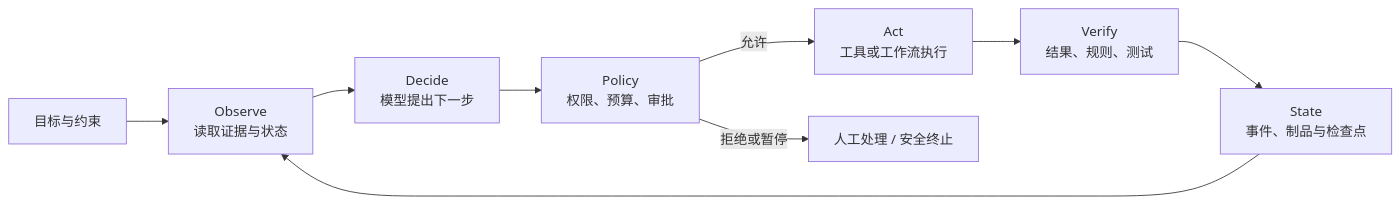
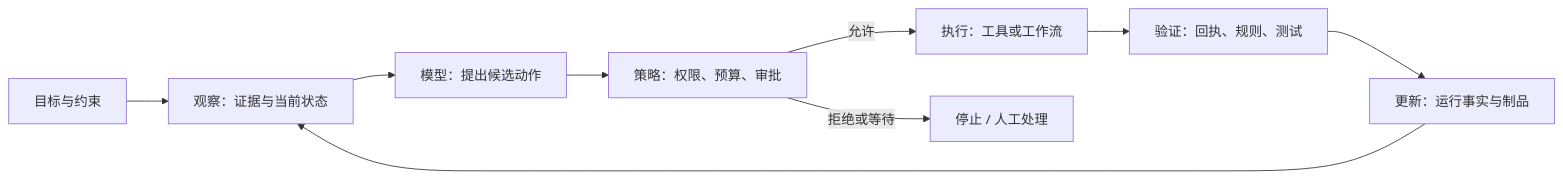
The second of 2 diagrams in books/ai-book/src/part1/01-llm-foundations-transformer.md (wxquare/wxquare.github.io), drawn with Mermaid before and after one commit. The commit also changed other lines of this file and 8 other files, not shown here.

````diff
--- a/books/ai-book/src/part1/01-llm-foundations-transformer.md
+++ b/books/ai-book/src/part1/01-llm-foundations-transformer.md
@@ -152,11 +266,11 @@
 ```mermaid
 flowchart LR
-    U["目标与约束"] --> O["Observe\n读取证据与状态"]
-    O --> D["Decide\n模型提出下一步"]
-    D --> P["Policy\n权限、预算、审批"]
-    P -->|允许| A["Act\n工具或工作流执行"]
-    P -->|拒绝或暂停| H["人工处理 / 安全终止"]
-    A --> V["Verify\n结果、规则、测试"]
-    V --> S["State\n事件、制品与检查点"]
+    G["目标与约束"] --> O["观察：证据与当前状态"]
+    O --> D["模型：提出候选动作"]
+    D --> P["策略：权限、预算、审批"]
+    P -->|允许| A["执行：工具或工作流"]
+    P -->|拒绝或等待| H["停止 / 人工处理"]
+    A --> V["验证：回执、规则、测试"]
+    V --> S["更新：运行事实与制品"]
     S --> O
 ```
````
